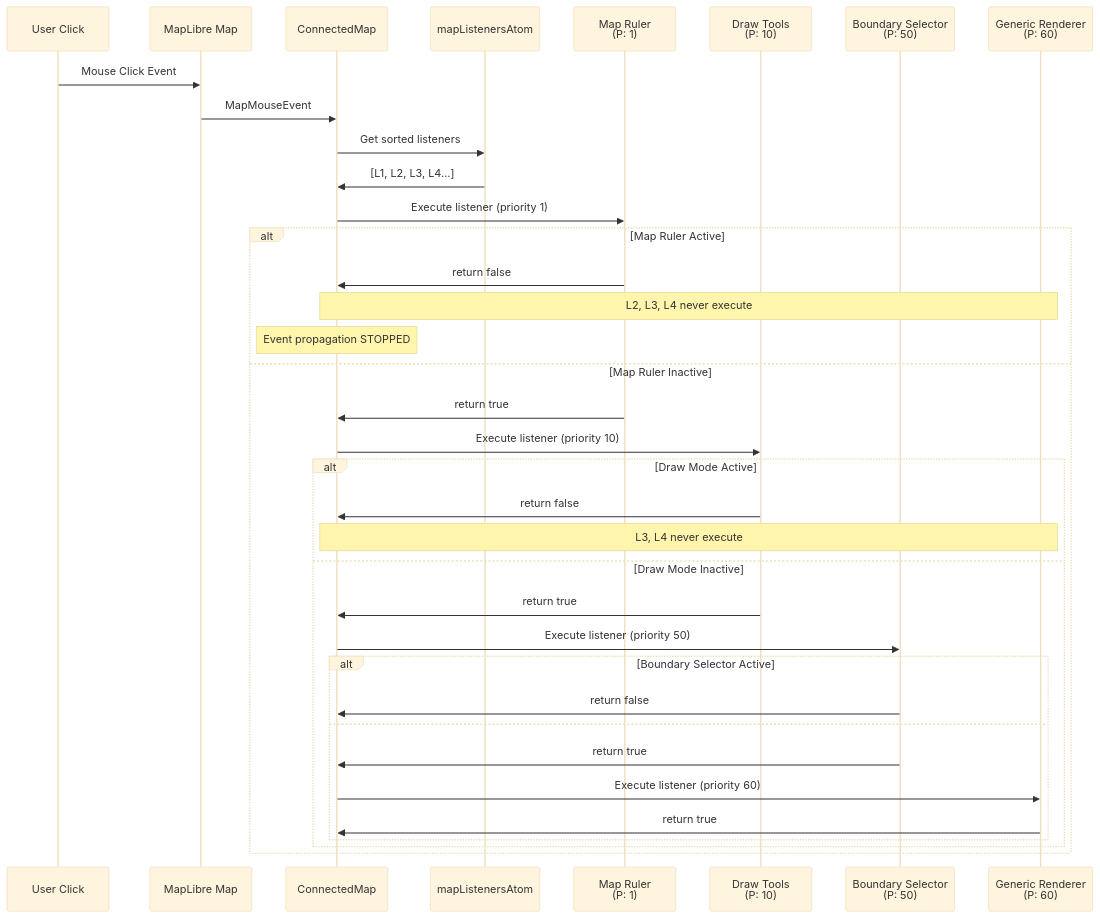
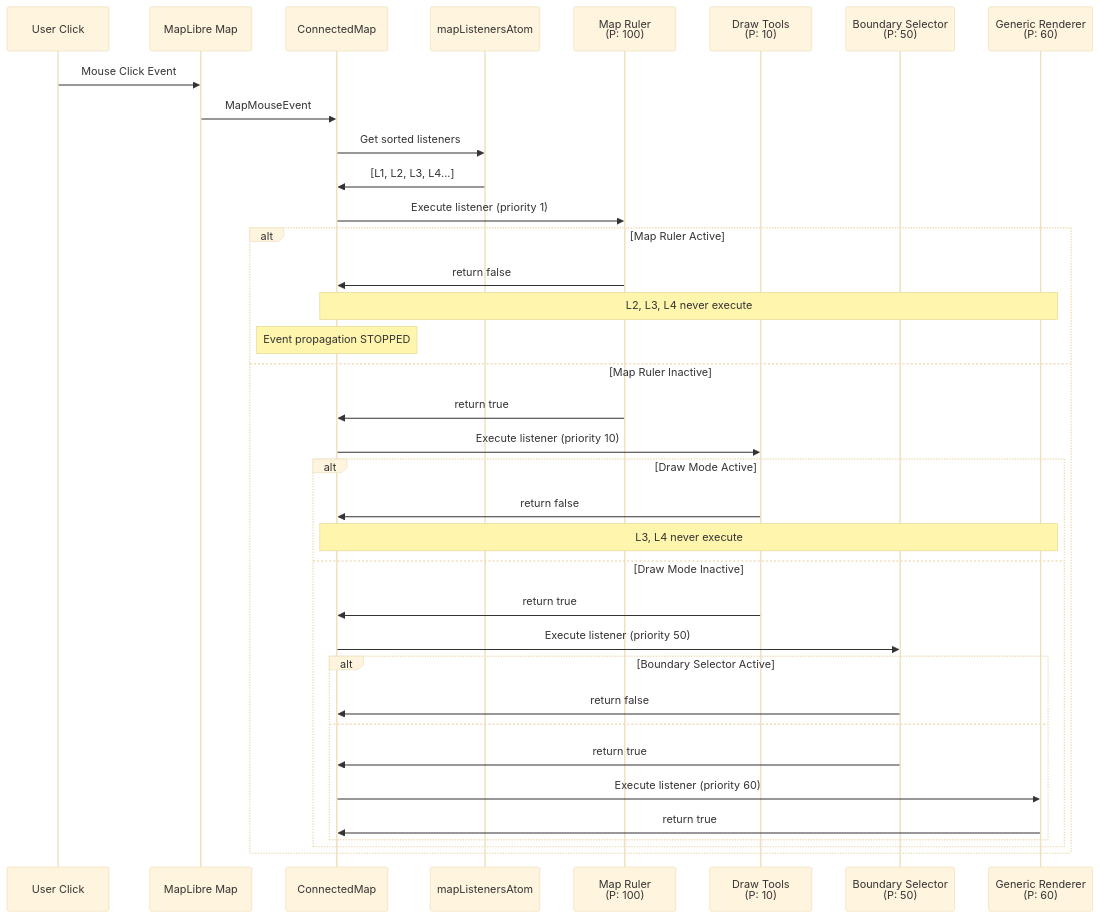
Before and after one commit to konturio/disaster-ninja-fe: the second of 2 diagrams in docs/investigations/map-event-management-system.md, drawn with Mermaid (base theme). The commit also changed other lines of this file and 3 other files, not shown here.

First line of the commit message:
fix(map-ruler): disable layer clicks during measurement (#1236)

````diff
--- a/docs/investigations/map-event-management-system.md
+++ b/docs/investigations/map-event-management-system.md
@@ -165,40 +165,40 @@
 ```mermaid
 sequenceDiagram
     participant U as User Click
     participant M as MapLibre Map
     participant C as ConnectedMap
     participant R as mapListenersAtom
-    participant L1 as Map Ruler<br/>(P: 1)
+    participant L1 as Map Ruler<br/>(P: 100)
     participant L2 as Draw Tools<br/>(P: 10)
     participant L3 as Boundary Selector<br/>(P: 50)
     participant L4 as Generic Renderer<br/>(P: 60)
 
     U->>M: Mouse Click Event
     M->>C: MapMouseEvent
     C->>R: Get sorted listeners
     R->>C: [L1, L2, L3, L4...]
 
     C->>L1: Execute listener (priority 1)
     alt Map Ruler Active
         L1->>C: return false
         Note over C,L4: L2, L3, L4 never execute
         Note over C: Event propagation STOPPED
     else Map Ruler Inactive
         L1->>C: return true
         C->>L2: Execute listener (priority 10)
         alt Draw Mode Active
             L2->>C: return false
             Note over C,L4: L3, L4 never execute
         else Draw Mode Inactive
             L2->>C: return true
             C->>L3: Execute listener (priority 50)
             alt Boundary Selector Active
                 L3->>C: return false
             else
                 L3->>C: return true
                 C->>L4: Execute listener (priority 60)
                 L4->>C: return true
             end
         end
     end
 ```
````
